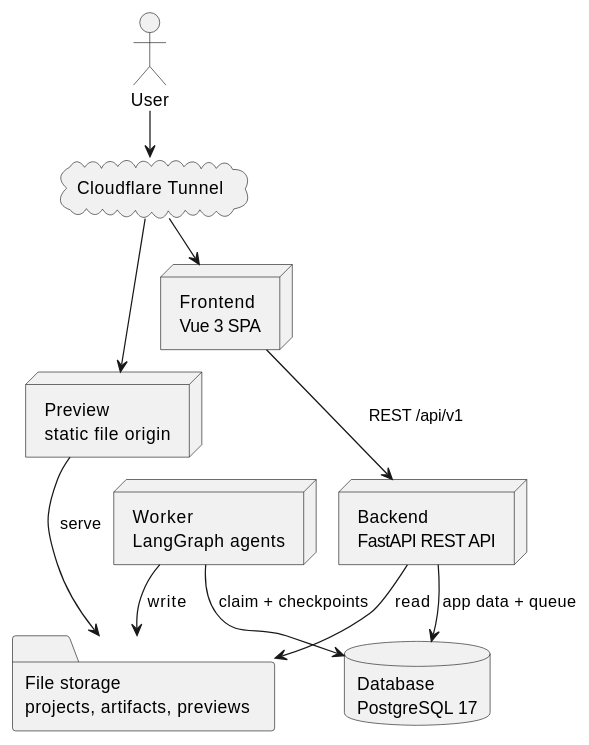
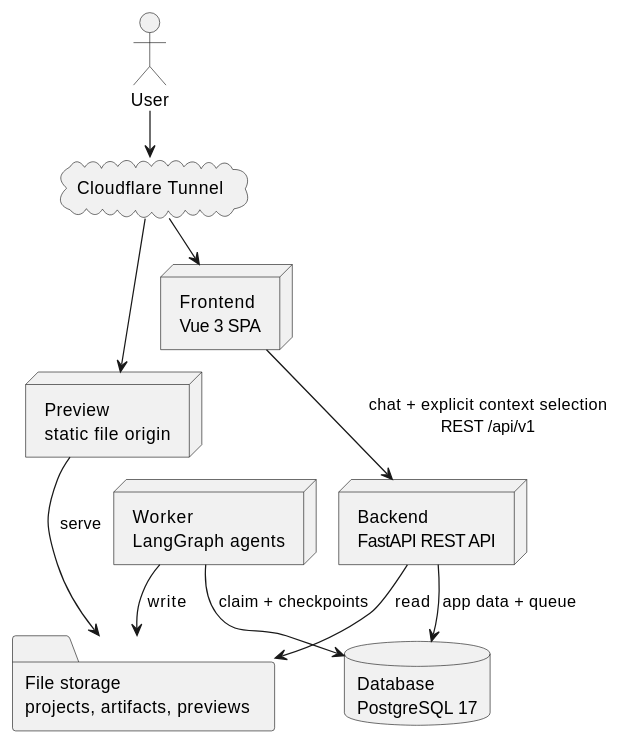
The first of 7 diagrams in docs/architecture.md (gdpe-franco/ai-coding-agent-pipeline), drawn with PlantUML before and after one commit. The commit also changed other lines of this file, not shown here.

Commit message:
chore: architecture updated

````diff
--- a/docs/architecture.md
+++ b/docs/architecture.md
@@ -99,25 +82,25 @@
 ```puml
 @startuml
 !pragma layout smetana
 skinparam backgroundColor white
 skinparam shadowing false
 actor User
 node "Frontend\nVue 3 SPA" as frontend
 node "Backend\nFastAPI REST API" as backend
 node "Worker\nLangGraph agents" as worker
 database "Database\nPostgreSQL 17" as db
 folder "File storage\nprojects, artifacts, previews" as storage
 node "Preview\nstatic file origin" as preview
 cloud "Cloudflare Tunnel" as tunnel
 
 User --> tunnel
 tunnel --> frontend
 tunnel --> preview
-frontend --> backend : REST /api/v1
+frontend --> backend : chat + explicit context selection\nREST /api/v1
 backend --> db : app data + queue
 backend --> storage : read
 worker --> db : claim + checkpoints
 worker --> storage : write
 preview --> storage : serve
 @enduml
 ```
````
